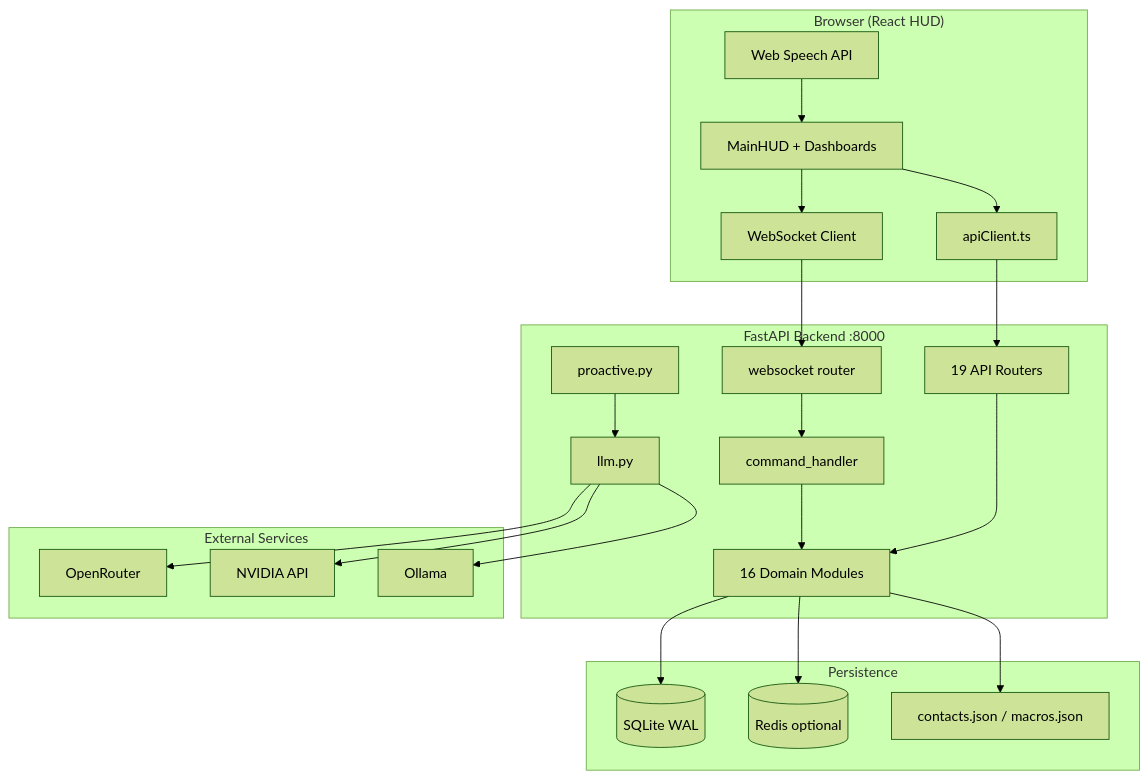
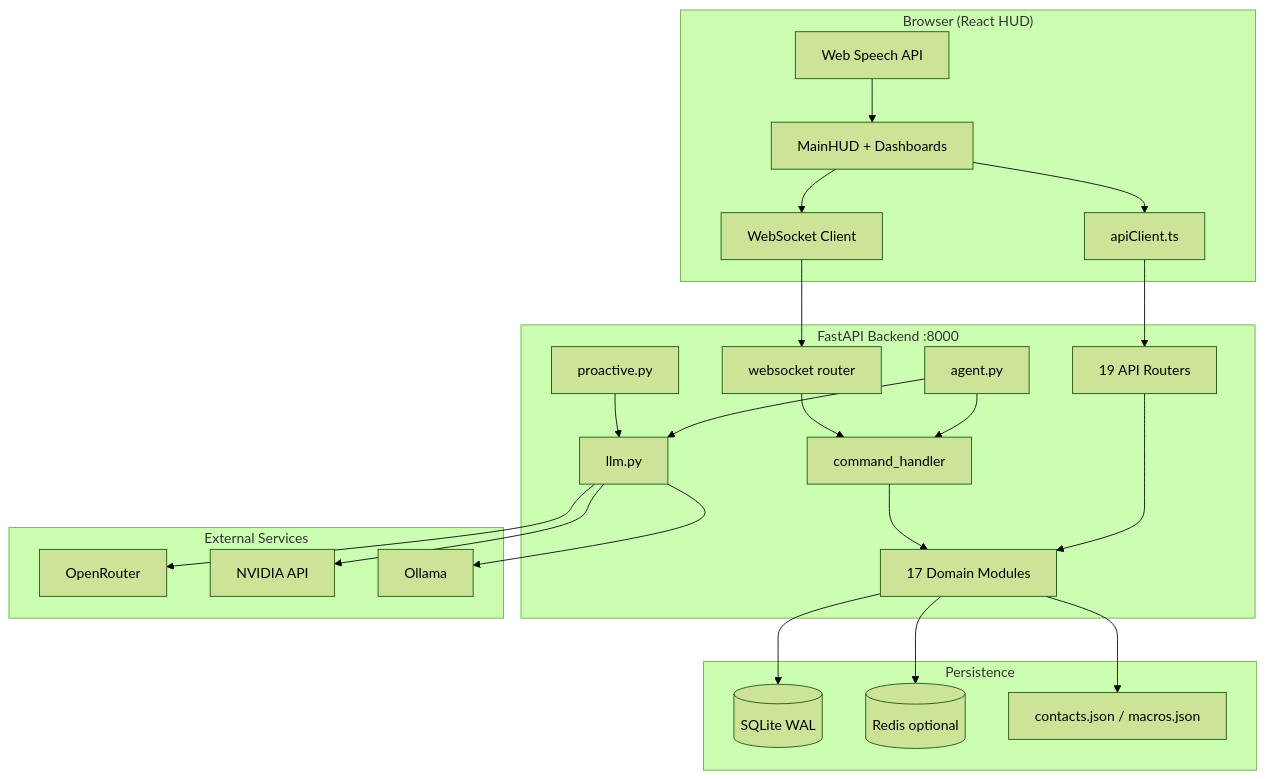
Before and after one commit to VIPHACKER100/jarvis-bilingual-adv-ai-assistant: the first of 3 diagrams in TDS.md, drawn with Mermaid (forest theme). The commit also changed other lines of this file and 10 other files, not shown here.

````diff
--- a/TDS.md
+++ b/TDS.md
@@ -28,46 +28,49 @@
 ```mermaid
 flowchart TB
     subgraph Client["Browser (React HUD)"]
         Voice[Web Speech API]
         UI[MainHUD + Dashboards]
         WS_C[WebSocket Client]
         API_C[apiClient.ts]
     end
 
     subgraph Server["FastAPI Backend :8000"]
         WS_S[websocket router]
         CMD[command_handler]
         ROUTERS[19 API Routers]
-        MOD[16 Domain Modules]
+        MOD[17 Domain Modules]
         LLM[llm.py]
         PRO[proactive.py]
+        AGN[agent.py]
     end
 
     subgraph Data["Persistence"]
         SQL[(SQLite WAL)]
         REDIS[(Redis optional)]
         JSON[contacts.json / macros.json]
     end
 
     subgraph External["External Services"]
         OR[OpenRouter]
         NV[NVIDIA API]
         OL[Ollama]
     end
 
     Voice --> UI
     UI --> API_C
     UI --> WS_C
     API_C --> ROUTERS
     WS_C --> WS_S
     WS_S --> CMD
     CMD --> MOD
     ROUTERS --> MOD
     MOD --> SQL
     MOD --> JSON
     LLM --> OR
     LLM --> NV
     LLM --> OL
     PRO --> LLM
+    AGN --> LLM
+    AGN --> CMD
     MOD --> REDIS
 ```
````
